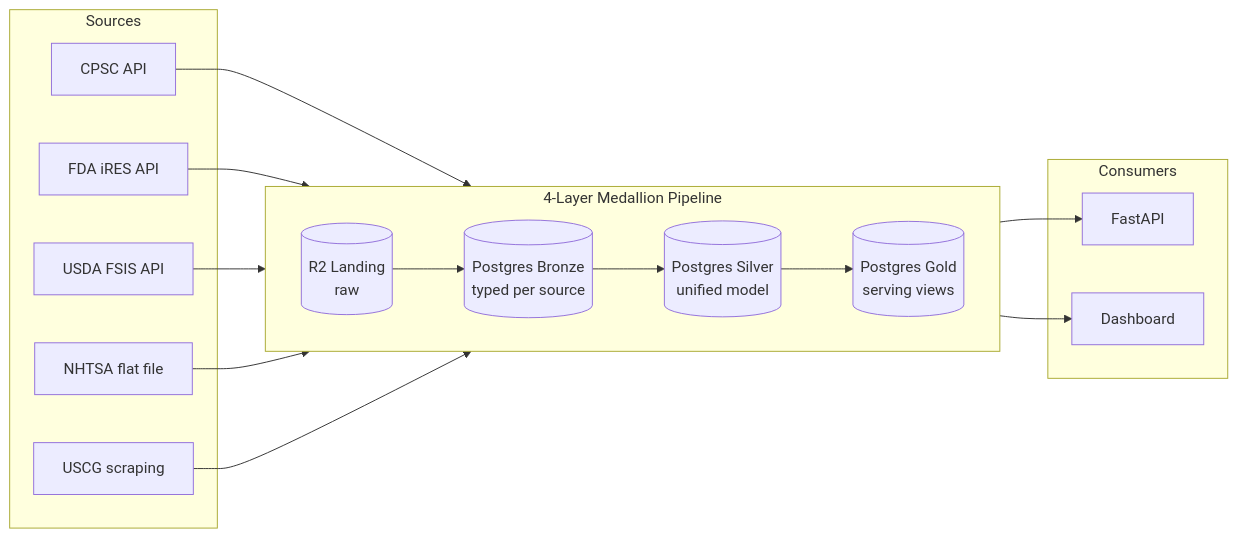
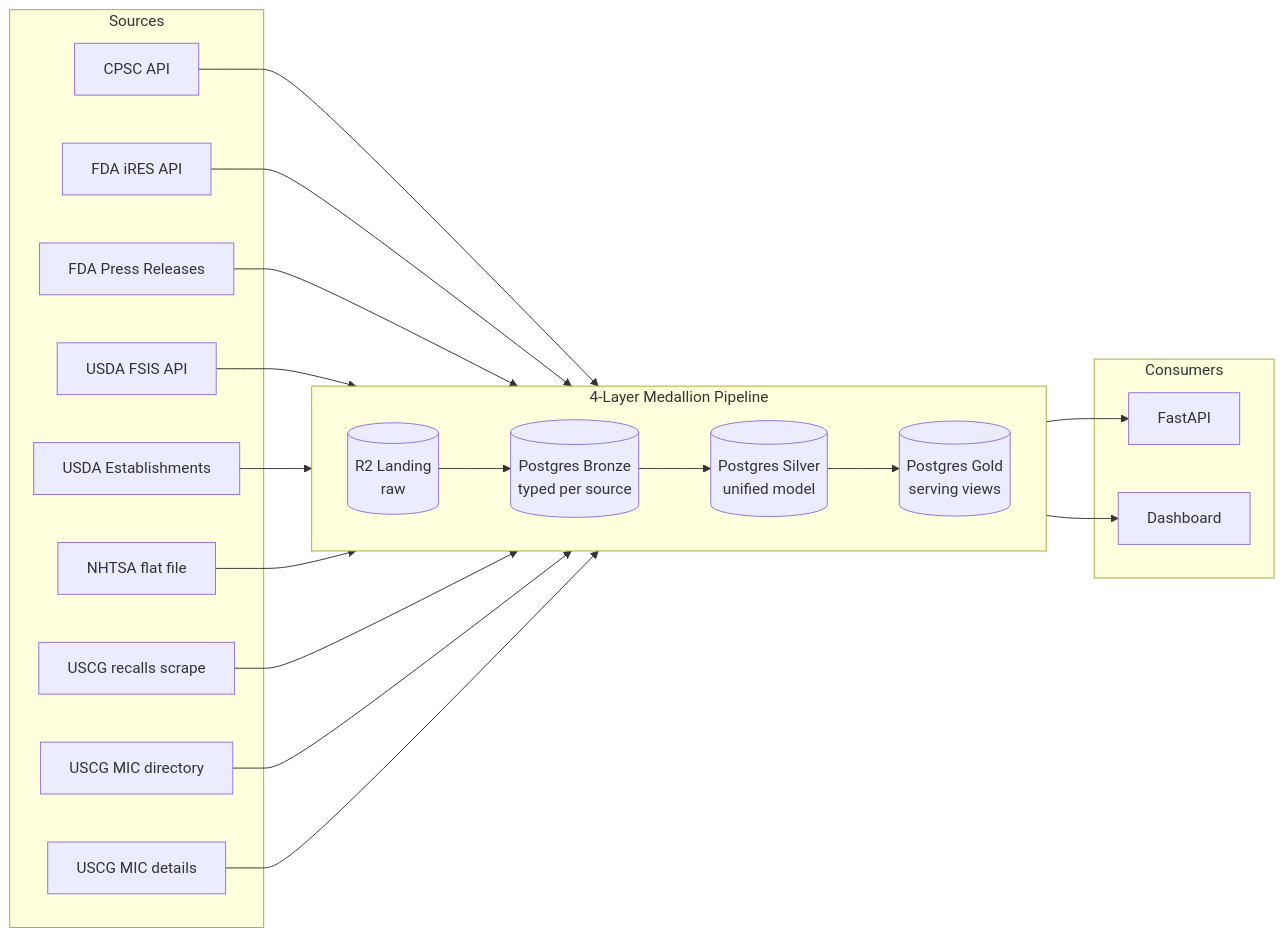
The diagram in README.md (justanesta/consumer-product-recalls), drawn with Mermaid before and after one commit. The commit also changed other lines of this file and 189 other files, not shown here.

````diff
--- a/README.md
+++ b/README.md
@@ -9,33 +9,41 @@
 ```mermaid
 flowchart LR
     subgraph sources[Sources]
         CPSC[CPSC API]
         FDA[FDA iRES API]
+        FDAPR[FDA Press Releases]
         USDA[USDA FSIS API]
+        USDAEST[USDA Establishments]
         NHTSA[NHTSA flat file]
-        USCG[USCG scraping]
+        USCG[USCG recalls scrape]
+        USCGMFR[USCG MIC directory]
+        USCGDET[USCG MIC details]
     end
 
     subgraph pipeline[4-Layer Medallion Pipeline]
         direction LR
         R2[(R2 Landing<br/>raw)]
         BR[(Postgres Bronze<br/>typed per source)]
         SV[(Postgres Silver<br/>unified model)]
         GD[(Postgres Gold<br/>serving views)]
         R2 --> BR --> SV --> GD
     end
 
     subgraph consumers[Consumers]
         API[FastAPI]
         UI[Dashboard]
     end
 
     CPSC --> R2
     FDA --> R2
+    FDAPR --> R2
     USDA --> R2
+    USDAEST --> R2
     NHTSA --> R2
     USCG --> R2
+    USCGMFR --> R2
+    USCGDET --> R2
 
     GD --> API
     GD --> UI
 ```
````
